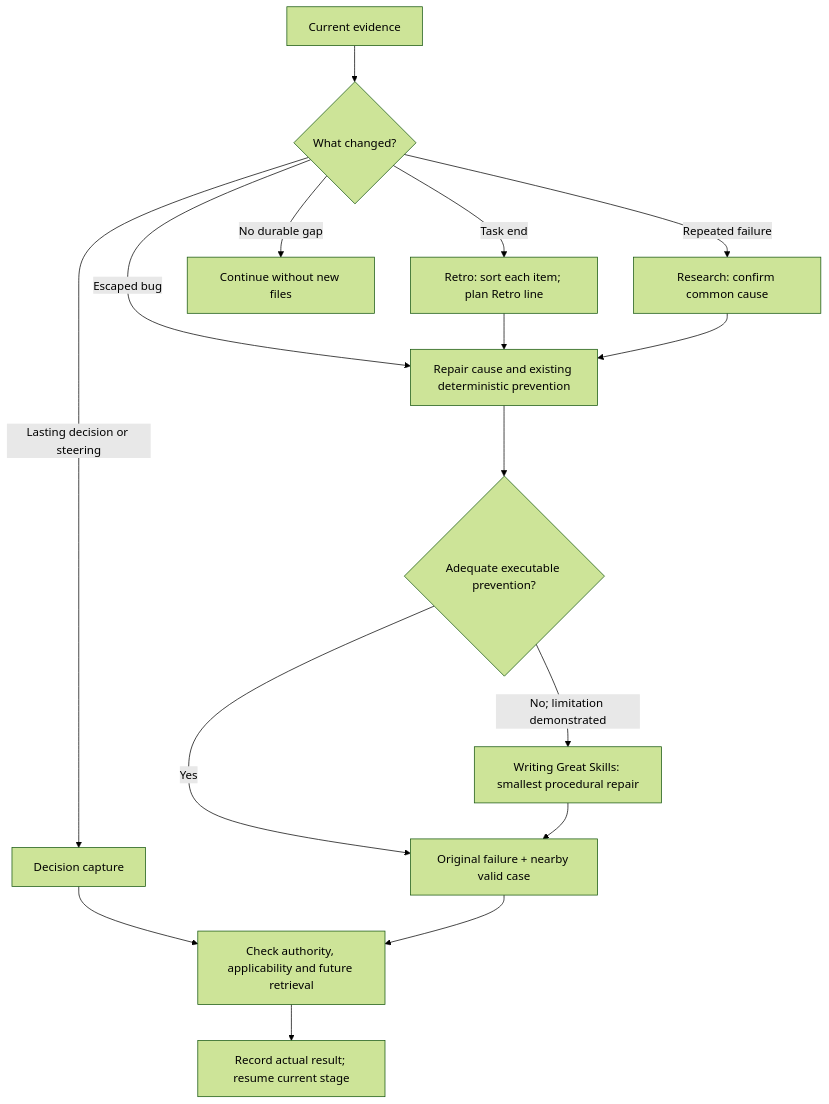
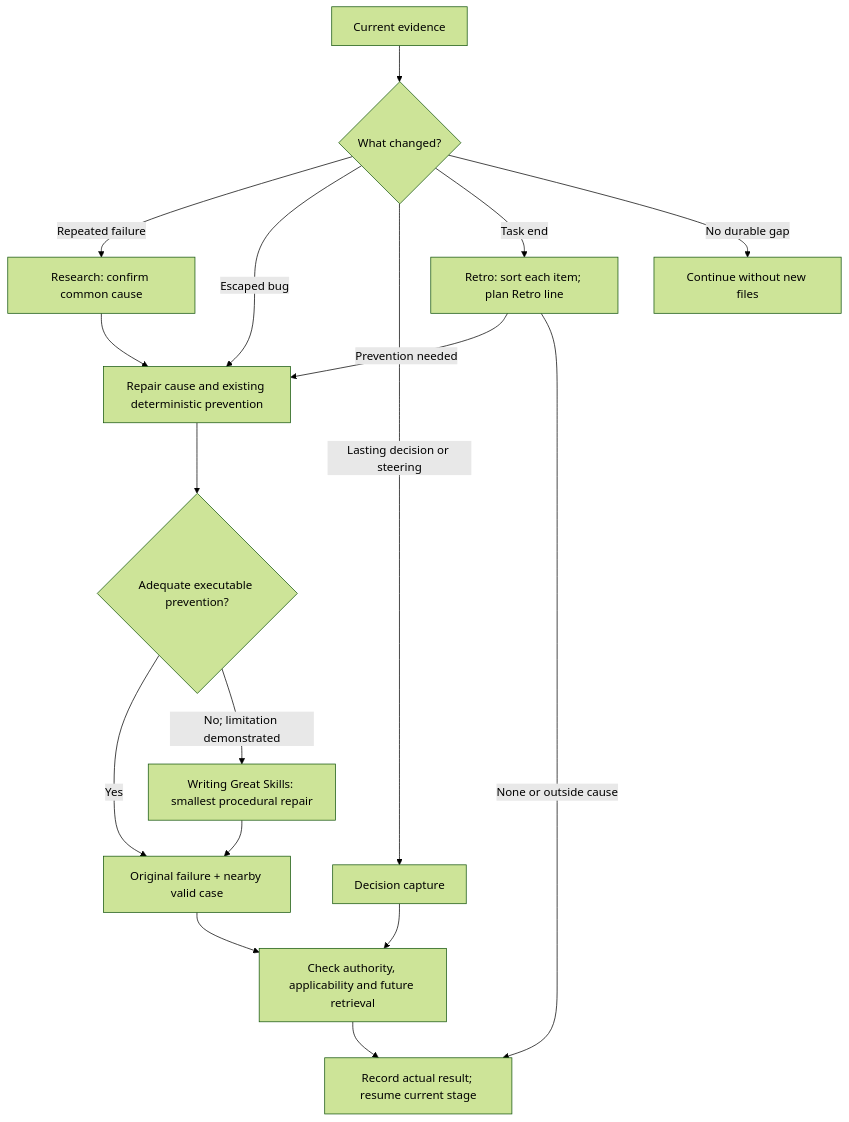
The diagram in .agents/skills/he-learn/SKILL.md (sgaabdu4/hard-eng), drawn with Mermaid (forest theme) before and after one commit. The commit also changed other lines of this file and 7 other files, not shown here.

````diff
--- a/.agents/skills/he-learn/SKILL.md
+++ b/.agents/skills/he-learn/SKILL.md
@@ -11,22 +11,23 @@
 ```mermaid
 flowchart TD
   E[Current evidence] --> T{What changed?}
   T -->|Repeated failure| R[Research: confirm common cause]
   T -->|Escaped bug| P
   T -->|Lasting decision or steering| A[Decision capture]
   T -->|Task end| RT[Retro: sort each item; plan Retro line]
   T -->|No durable gap| N[Continue without new files]
-  RT --> P
+  RT -->|Prevention needed| P
+  RT -->|None or outside cause| D
   R --> P[Repair cause and existing deterministic prevention]
   P --> L{Adequate executable prevention?}
   L -->|Yes| V[Original failure + nearby valid case]
   L -->|No; limitation demonstrated| S[Writing Great Skills: smallest procedural repair]
   S --> V
   A --> U[Check authority, applicability and future retrieval]
   V --> U
   U --> D[Record actual result; resume current stage]
   click R "../research/references/troubleshooting.md"
   click A "references/decisions.md"
   click S "../writing-great-skills/SKILL.md"
   click V "../he/references/testing.md"
 ```
````
